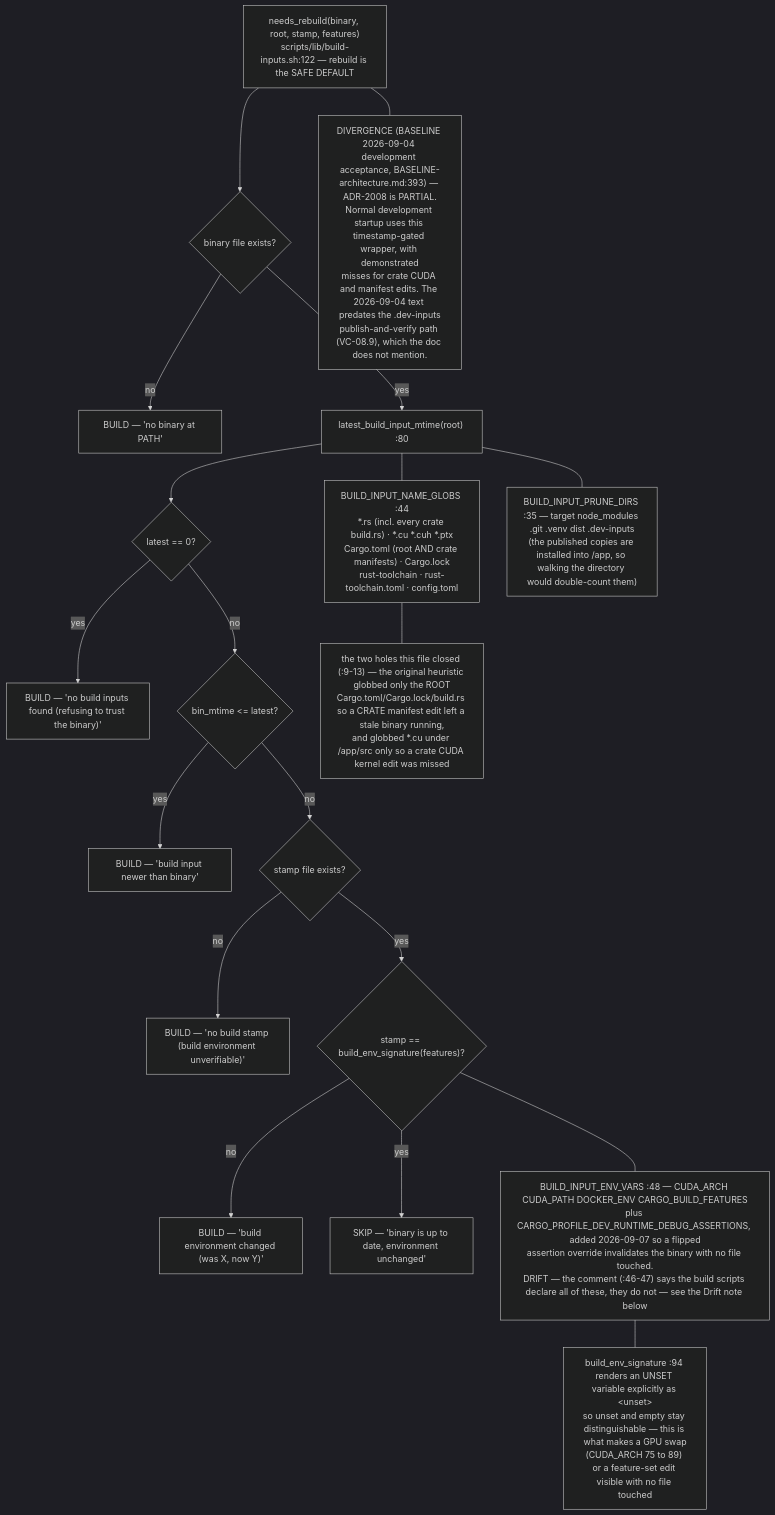
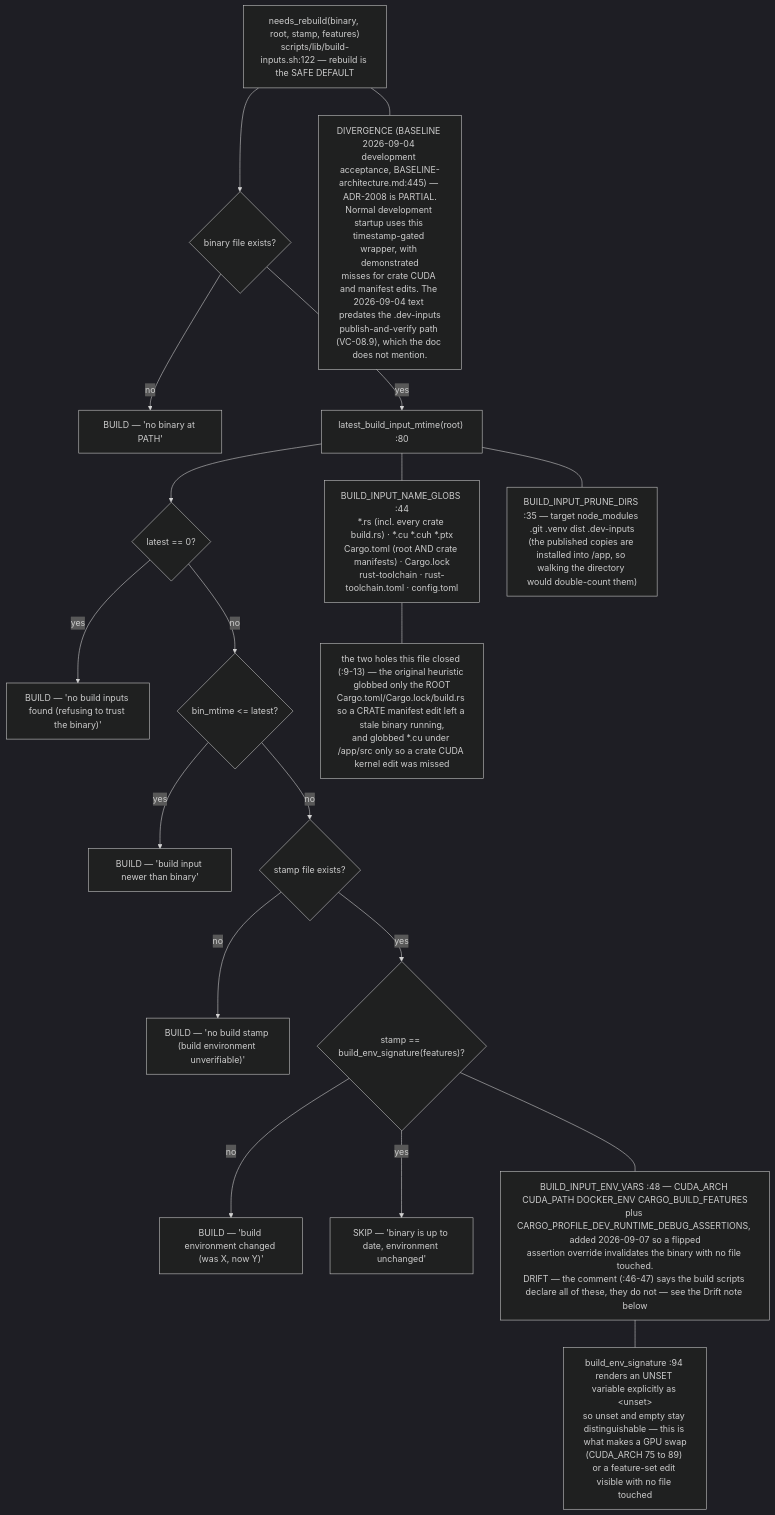
Before and after one commit to DreamLab-AI/VisionFlow: the seventh of 9 diagrams in docs/diagrams/visionclaw/08-observability-health-and-dev-loop.md, drawn with Mermaid (dark theme). The commit also changed other lines of this file and 56 other files, not shown here.

First line of the commit message:
docs(diagrams): re-verify VisionClaw topics at ec785afa9, add VC-19/56/57 and the VisionClaw register

````diff
--- a/docs/diagrams/visionclaw/08-observability-health-and-dev-loop.md
+++ b/docs/diagrams/visionclaw/08-observability-health-and-dev-loop.md
@@ -257,28 +265,28 @@
 ```mermaid
 flowchart TB
     NR["needs_rebuild(binary, root, stamp, features)<br/>scripts/lib/build-inputs.sh:122 — rebuild is the SAFE DEFAULT"]
     NR --> C1{"binary file exists?"}
     C1 -->|no| B1["BUILD — 'no binary at PATH'"]
     C1 -->|yes| C2["latest_build_input_mtime(root) :80"]
     C2 --> C3{"latest == 0?"}
     C3 -->|yes| B2["BUILD — 'no build inputs found (refusing to trust the binary)'"]
     C3 -->|no| C4{"bin_mtime <= latest?"}
     C4 -->|yes| B3["BUILD — 'build input newer than binary'"]
     C4 -->|no| C5{"stamp file exists?"}
     C5 -->|no| B4["BUILD — 'no build stamp (build environment unverifiable)'"]
     C5 -->|yes| C6{"stamp == build_env_signature(features)?"}
     C6 -->|no| B5["BUILD — 'build environment changed (was X, now Y)'"]
     C6 -->|yes| SK["SKIP — 'binary is up to date, environment unchanged'"]
     GLOB["BUILD_INPUT_NAME_GLOBS :44<br/>*.rs (incl. every crate build.rs) · *.cu *.cuh *.ptx<br/>Cargo.toml (root AND crate manifests) · Cargo.lock<br/>rust-toolchain · rust-toolchain.toml · config.toml"]
     PRUNE["BUILD_INPUT_PRUNE_DIRS :35 — target node_modules .git .venv dist .dev-inputs<br/>(the published copies are installed into /app, so walking the directory would double-count them)"]
     ENVV["BUILD_INPUT_ENV_VARS :48 — CUDA_ARCH CUDA_PATH DOCKER_ENV CARGO_BUILD_FEATURES<br/>plus CARGO_PROFILE_DEV_RUNTIME_DEBUG_ASSERTIONS, added 2026-09-07 so a flipped<br/>assertion override invalidates the binary with no file touched.<br/>DRIFT — the comment (:46-47) says the build scripts declare all of these, they do not — see the Drift note below"]
     C2 --- GLOB
     C2 --- PRUNE
     C6 --- ENVV
     SIG["build_env_signature :94 renders an UNSET variable explicitly as &lt;unset&gt;<br/>so unset and empty stay distinguishable — this is what makes a GPU swap<br/>(CUDA_ARCH 75 to 89) or a feature-set edit visible with no file touched"]
     ENVV --- SIG
     HOLES["the two holes this file closed (:9-13) — the original heuristic globbed only the ROOT<br/>Cargo.toml/Cargo.lock/build.rs so a CRATE manifest edit left a stale binary running,<br/>and globbed *.cu under /app/src only so a crate CUDA kernel edit was missed"]
     GLOB --- HOLES
-    DIV["DIVERGENCE (BASELINE 2026-09-04 development acceptance, BASELINE-architecture.md:393) — ADR-2008 is PARTIAL.<br/>Normal development startup uses this timestamp-gated wrapper, with demonstrated<br/>misses for crate CUDA and manifest edits. The 2026-09-04 text predates the .dev-inputs<br/>publish-and-verify path (VC-08.9), which the doc does not mention."]
+    DIV["DIVERGENCE (BASELINE 2026-09-04 development acceptance, BASELINE-architecture.md:445) — ADR-2008 is PARTIAL.<br/>Normal development startup uses this timestamp-gated wrapper, with demonstrated<br/>misses for crate CUDA and manifest edits. The 2026-09-04 text predates the .dev-inputs<br/>publish-and-verify path (VC-08.9), which the doc does not mention."]
     NR --- DIV
 ```
````
